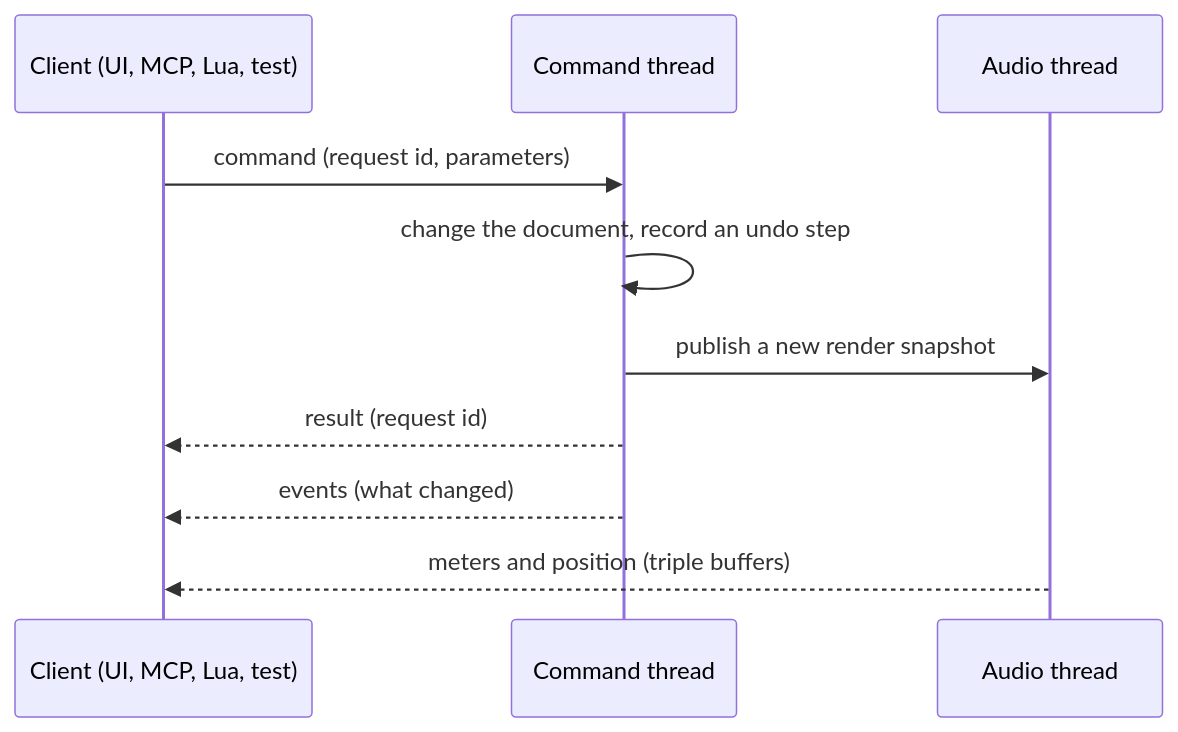
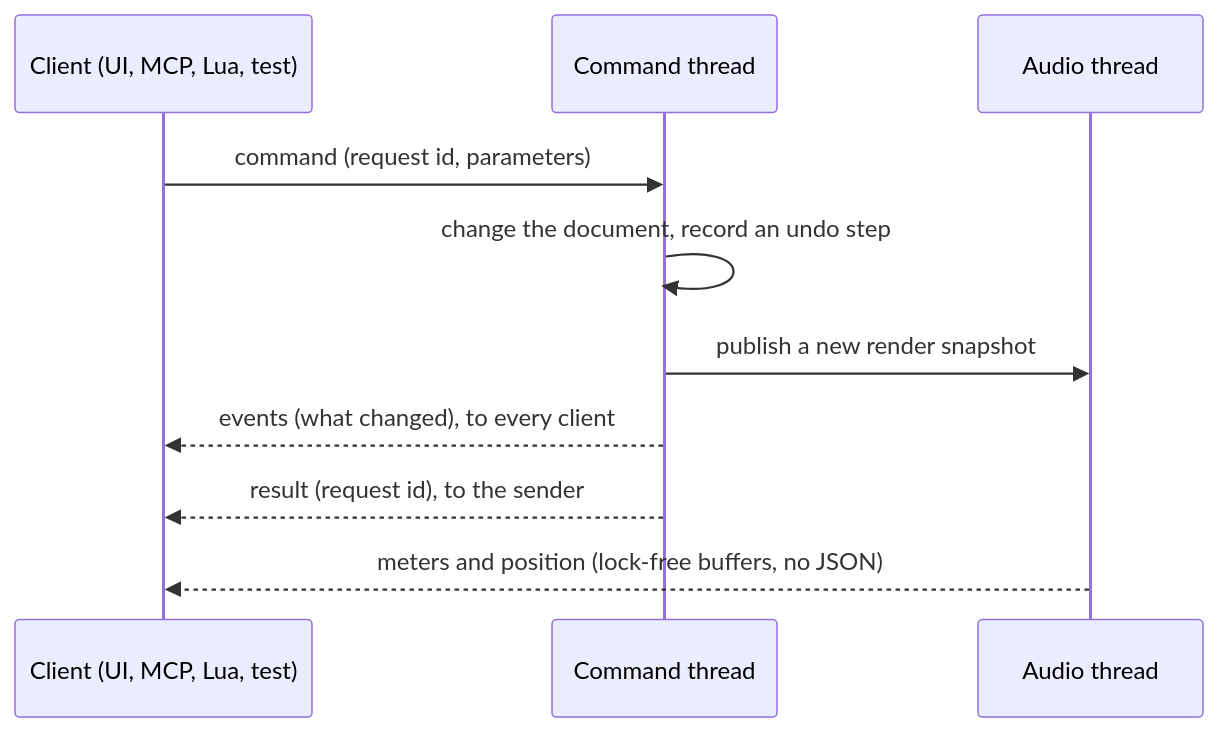
Before and after one commit to GNUbase/GNUbase: the third of 4 diagrams in docs/architecture.md, drawn with Mermaid. The commit also changed other lines of this file and 11 other files, not shown here.

````diff
--- a/docs/architecture.md
+++ b/docs/architecture.md
@@ -106,12 +106,12 @@
 ```mermaid
 sequenceDiagram
   participant C as Client (UI, MCP, Lua, test)
   participant Q as Command thread
   participant A as Audio thread
   C->>Q: command (request id, parameters)
   Q->>Q: change the document, record an undo step
   Q->>A: publish a new render snapshot
-  Q-->>C: result (request id)
-  Q-->>C: events (what changed)
-  A-->>C: meters and position (triple buffers)
+  Q-->>C: events (what changed), to every client
+  Q-->>C: result (request id), to the sender
+  A-->>C: meters and position (lock-free buffers, no JSON)
 ```
````
